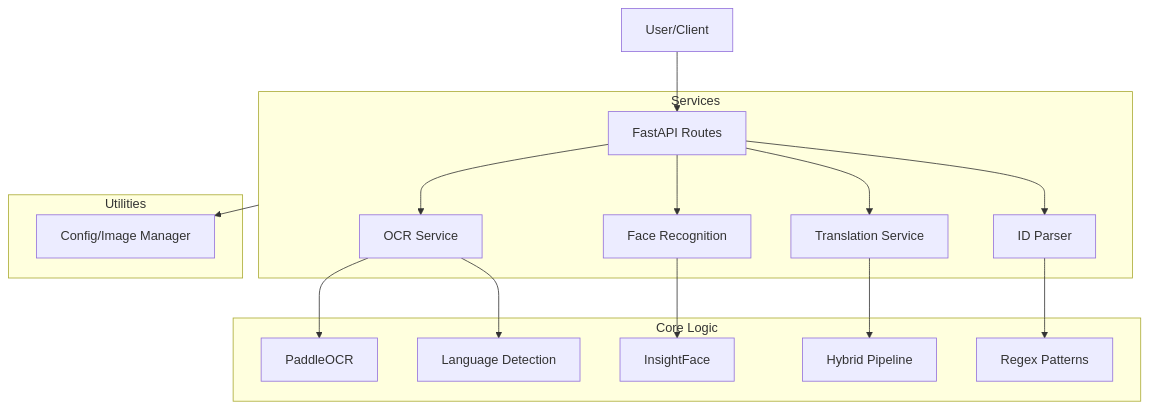
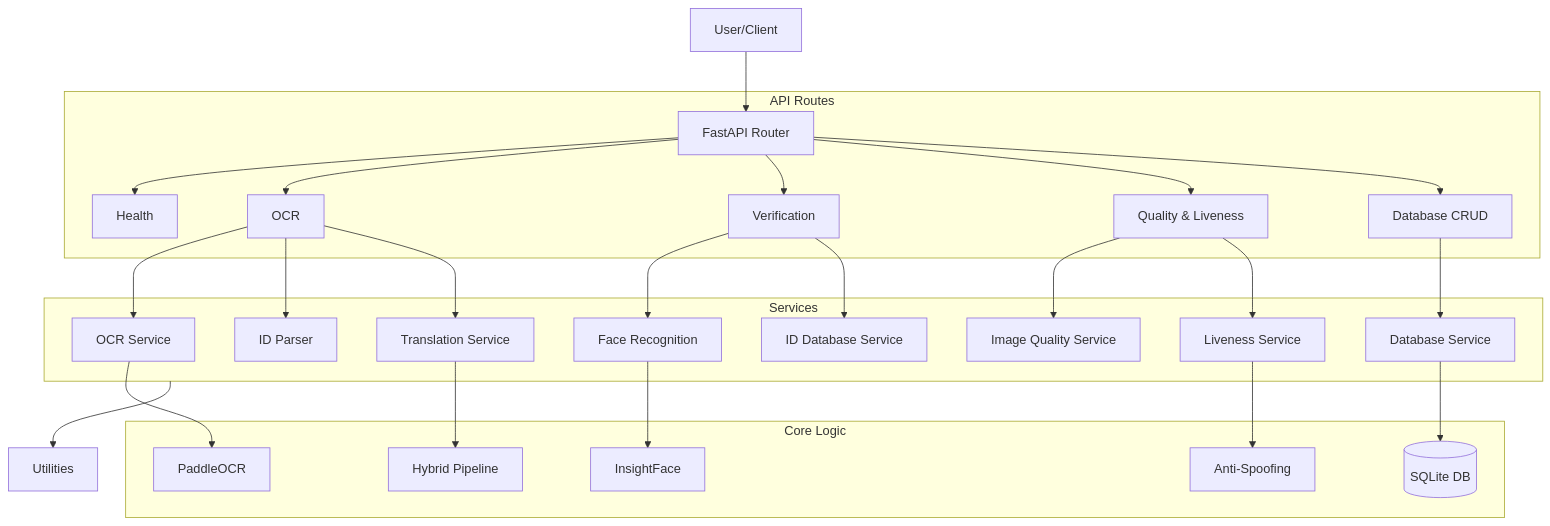
Before and after one commit to pragyasharva-dev/id-card-yemen: the diagram in CONTEXT.md, drawn with Mermaid. The commit also changed other lines of this file, not shown here.

````diff
--- a/CONTEXT.md
+++ b/CONTEXT.md
@@ -19,25 +20,33 @@
 ```mermaid
 graph TD
-    User[User/Client] --> API[FastAPI Routes]
+    User[User/Client] --> API[FastAPI Router]
+    
+    subgraph Routes [API Routes]
+        API --> Health[Health]
+        API --> OCR_API[OCR]
+        API --> Verify[Verification]
+        API --> Quality[Quality & Liveness]
+        API --> DB_API[Database CRUD]
+    end
     
     subgraph Services
-        API --> OCR[OCR Service]
-        API --> Face[Face Recognition]
-        API --> Trans[Translation Service]
-        API --> Parser[ID Parser]
+        OCR_API --> OCR[OCR Service]
+        Verify --> Face[Face Recognition]
+        Verify --> ID_DB[ID Database Service]
+        Quality --> IQS[Image Quality Service]
+        Quality --> Liveness[Liveness Service]
+        OCR_API --> Parser[ID Parser]
+        OCR_API --> Trans[Translation Service]
+        DB_API --> DB[Database Service]
     end
     
     subgraph Core Logic
         OCR --> Paddle[PaddleOCR]
-        OCR --> Lang[Language Detection]
         Face --> Insight[InsightFace]
+        Liveness --> Spoof[Anti-Spoofing]
         Trans --> Hybrid[Hybrid Pipeline]
-        Parser --> Patterns[Regex Patterns]
+        DB --> SQLite[(SQLite DB)]
     end
     
-    subgraph Utilities
-        Utils[Config/Image Manager]
-    end
-    
-    Services --> Utils
+    Services --> Utils[Utilities]
 ```
````
